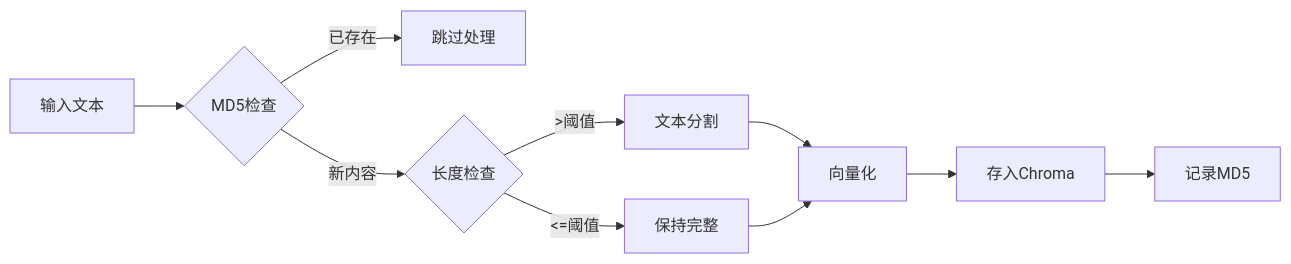
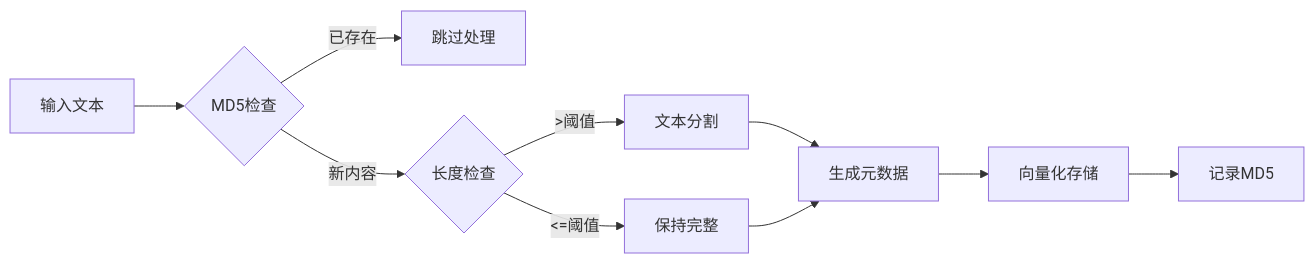
Before and after one commit to Redmoon-2333/LangChain-RAG: the third of 8 diagrams in 04RAG项目/04_RAG智能客服系统完整实战.md, drawn with Mermaid. The commit also changed other lines of this file and 31 other files, not shown here.

````diff
--- a/04RAG项目/04_RAG智能客服系统完整实战.md
+++ b/04RAG项目/04_RAG智能客服系统完整实战.md
@@ -103,12 +163,12 @@
 ```mermaid
 flowchart LR
     A[输入文本] --> B{MD5检查}
     B -->|已存在| C[跳过处理]
     B -->|新内容| D{长度检查}
     D -->|>阈值| E[文本分割]
     D -->|<=阈值| F[保持完整]
-    E --> G[向量化]
+    E --> G[生成元数据]
     F --> G
-    G --> H[存入Chroma]
+    G --> H[向量化存储]
     H --> I[记录MD5]
 ```
````
